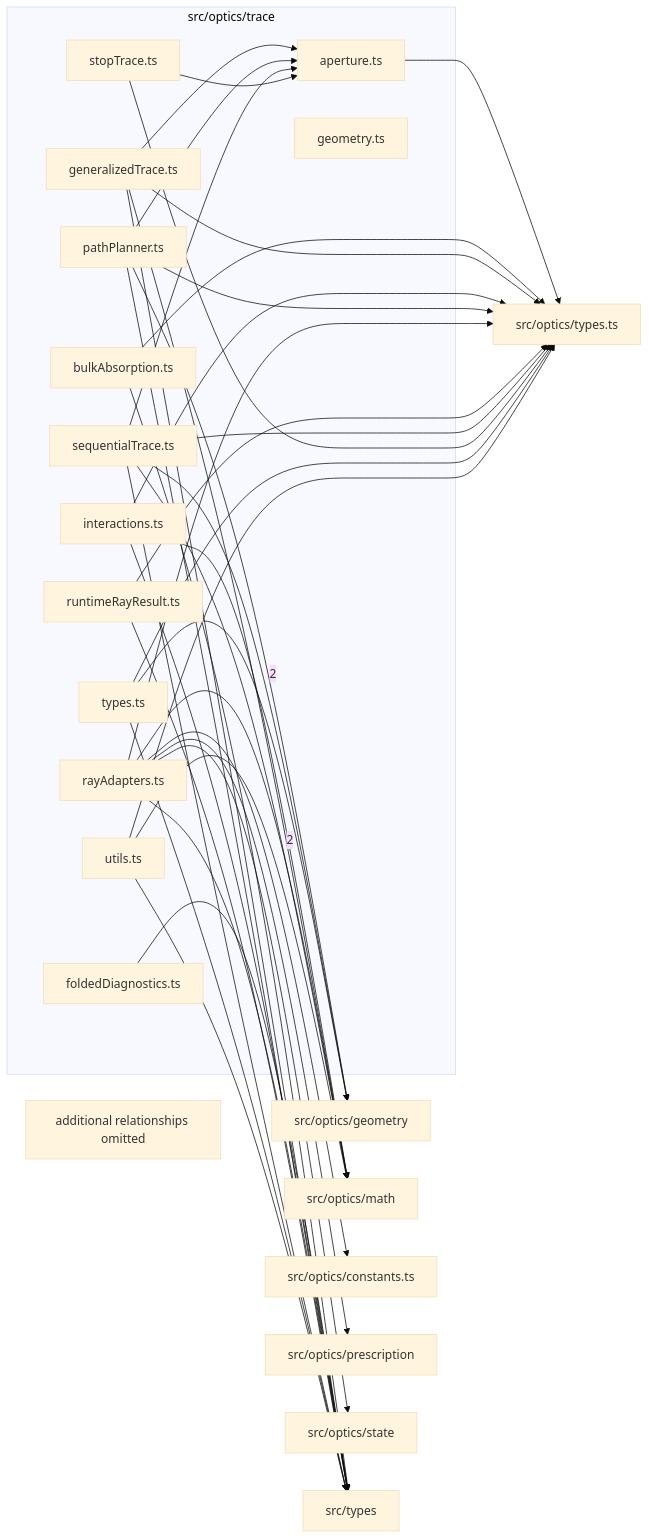
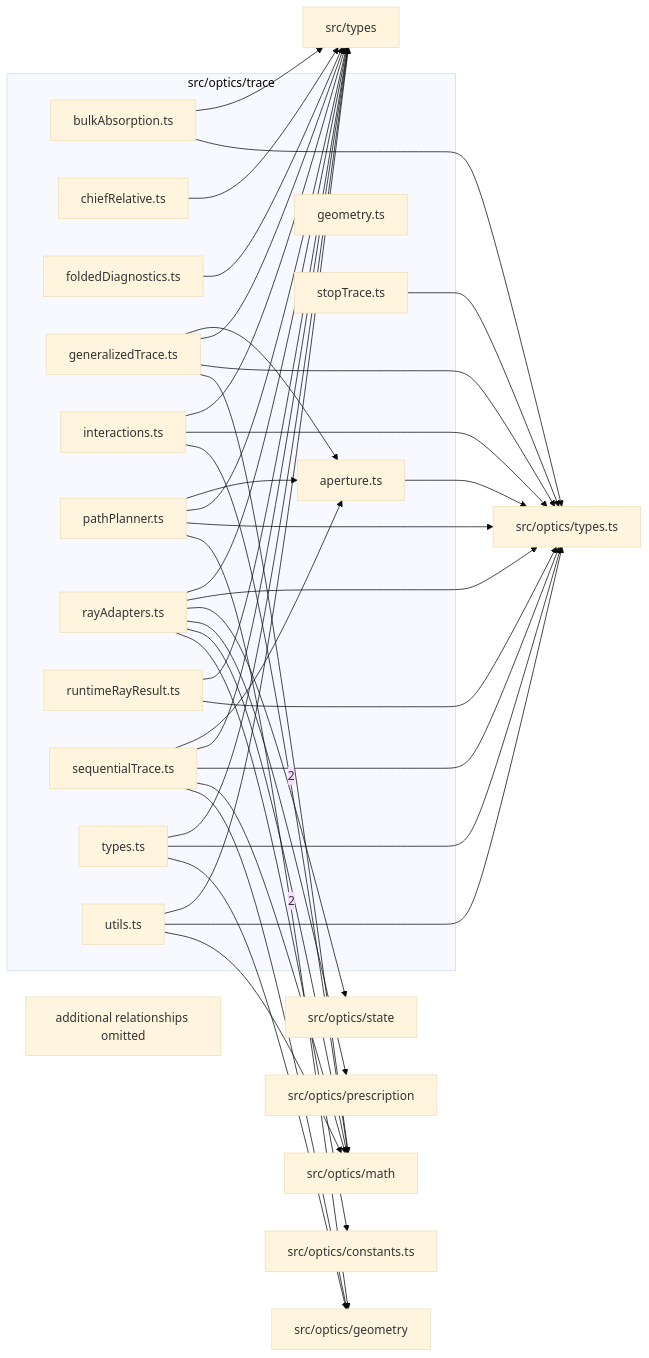
Before and after one commit to ronbuening/LensVisualizer: the diagram in src/optics/trace/readme.md, drawn with Mermaid (base theme). The commit also changed other lines of this file and 21 other files, not shown here.

Commit message:
S4.P2.T1 Chief-relative skew rays on the production stack

````diff
--- a/src/optics/trace/readme.md
+++ b/src/optics/trace/readme.md
@@ -9,62 +9,63 @@
 ```mermaid
 flowchart LR
   subgraph n_src_optics_trace["src/optics/trace"]
     n_src_optics_trace_src_optics_trace_aperture_ts["aperture.ts"]
     n_src_optics_trace_src_optics_trace_bulkAbsorption_ts["bulkAbsorption.ts"]
+    n_src_optics_trace_src_optics_trace_chiefRelative_ts["chiefRelative.ts"]
     n_src_optics_trace_src_optics_trace_foldedDiagnostics_ts["foldedDiagnostics.ts"]
     n_src_optics_trace_src_optics_trace_generalizedTrace_ts["generalizedTrace.ts"]
     n_src_optics_trace_src_optics_trace_geometry_ts["geometry.ts"]
     n_src_optics_trace_src_optics_trace_interactions_ts["interactions.ts"]
     n_src_optics_trace_src_optics_trace_pathPlanner_ts["pathPlanner.ts"]
     n_src_optics_trace_src_optics_trace_rayAdapters_ts["rayAdapters.ts"]
     n_src_optics_trace_src_optics_trace_runtimeRayResult_ts["runtimeRayResult.ts"]
     n_src_optics_trace_src_optics_trace_sequentialTrace_ts["sequentialTrace.ts"]
     n_src_optics_trace_src_optics_trace_stopTrace_ts["stopTrace.ts"]
     n_src_optics_trace_src_optics_trace_types_ts["types.ts"]
     n_src_optics_trace_src_optics_trace_utils_ts["utils.ts"]
   end
   n_external_src_optics_geometry["src/optics/geometry"]
   n_external_src_optics_math["src/optics/math"]
   n_external_src_optics_constants_ts["src/optics/constants.ts"]
   n_external_src_optics_prescription["src/optics/prescription"]
   n_external_src_optics_state["src/optics/state"]
   n_external_src_optics_types_ts["src/optics/types.ts"]
   n_external_src_types["src/types"]
   n_src_optics_trace_src_optics_trace_pathPlanner_ts --> |2| n_external_src_optics_geometry
   n_src_optics_trace_src_optics_trace_interactions_ts --> |2| n_external_src_optics_math
   n_src_optics_trace_src_optics_trace_rayAdapters_ts --> n_external_src_optics_constants_ts
   n_src_optics_trace_src_optics_trace_sequentialTrace_ts --> n_external_src_optics_geometry
   n_src_optics_trace_src_optics_trace_types_ts --> n_external_src_optics_geometry
   n_src_optics_trace_src_optics_trace_generalizedTrace_ts --> n_external_src_optics_math
   n_src_optics_trace_src_optics_trace_rayAdapters_ts --> n_external_src_optics_math
   n_src_optics_trace_src_optics_trace_sequentialTrace_ts --> n_external_src_optics_math
   n_src_optics_trace_src_optics_trace_utils_ts --> n_external_src_optics_math
   n_src_optics_trace_src_optics_trace_rayAdapters_ts --> n_external_src_optics_prescription
   n_src_optics_trace_src_optics_trace_rayAdapters_ts --> n_external_src_optics_state
   n_src_optics_trace_src_optics_trace_aperture_ts --> n_external_src_optics_types_ts
   n_src_optics_trace_src_optics_trace_bulkAbsorption_ts --> n_external_src_optics_types_ts
   n_src_optics_trace_src_optics_trace_generalizedTrace_ts --> n_external_src_optics_types_ts
   n_src_optics_trace_src_optics_trace_interactions_ts --> n_external_src_optics_types_ts
   n_src_optics_trace_src_optics_trace_pathPlanner_ts --> n_external_src_optics_types_ts
   n_src_optics_trace_src_optics_trace_rayAdapters_ts --> n_external_src_optics_types_ts
   n_src_optics_trace_src_optics_trace_runtimeRayResult_ts --> n_external_src_optics_types_ts
   n_src_optics_trace_src_optics_trace_sequentialTrace_ts --> n_external_src_optics_types_ts
   n_src_optics_trace_src_optics_trace_stopTrace_ts --> n_external_src_optics_types_ts
   n_src_optics_trace_src_optics_trace_types_ts --> n_external_src_optics_types_ts
   n_src_optics_trace_src_optics_trace_utils_ts --> n_external_src_optics_types_ts
   n_src_optics_trace_src_optics_trace_bulkAbsorption_ts --> n_external_src_types
+  n_src_optics_trace_src_optics_trace_chiefRelative_ts --> n_external_src_types
   n_src_optics_trace_src_optics_trace_foldedDiagnostics_ts --> n_external_src_types
   n_src_optics_trace_src_optics_trace_generalizedTrace_ts --> n_external_src_types
   n_src_optics_trace_src_optics_trace_interactions_ts --> n_external_src_types
   n_src_optics_trace_src_optics_trace_pathPlanner_ts --> n_external_src_types
   n_src_optics_trace_src_optics_trace_rayAdapters_ts --> n_external_src_types
   n_src_optics_trace_src_optics_trace_runtimeRayResult_ts --> n_external_src_types
   n_src_optics_trace_src_optics_trace_sequentialTrace_ts --> n_external_src_types
   n_src_optics_trace_src_optics_trace_types_ts --> n_external_src_types
   n_src_optics_trace_src_optics_trace_utils_ts --> n_external_src_types
   n_src_optics_trace_src_optics_trace_generalizedTrace_ts --> n_src_optics_trace_src_optics_trace_aperture_ts
   n_src_optics_trace_src_optics_trace_pathPlanner_ts --> n_src_optics_trace_src_optics_trace_aperture_ts
   n_src_optics_trace_src_optics_trace_sequentialTrace_ts --> n_src_optics_trace_src_optics_trace_aperture_ts
-  n_src_optics_trace_src_optics_trace_stopTrace_ts --> n_src_optics_trace_src_optics_trace_aperture_ts
   n_src_optics_trace_truncated["additional relationships omitted"]
 ```
````
